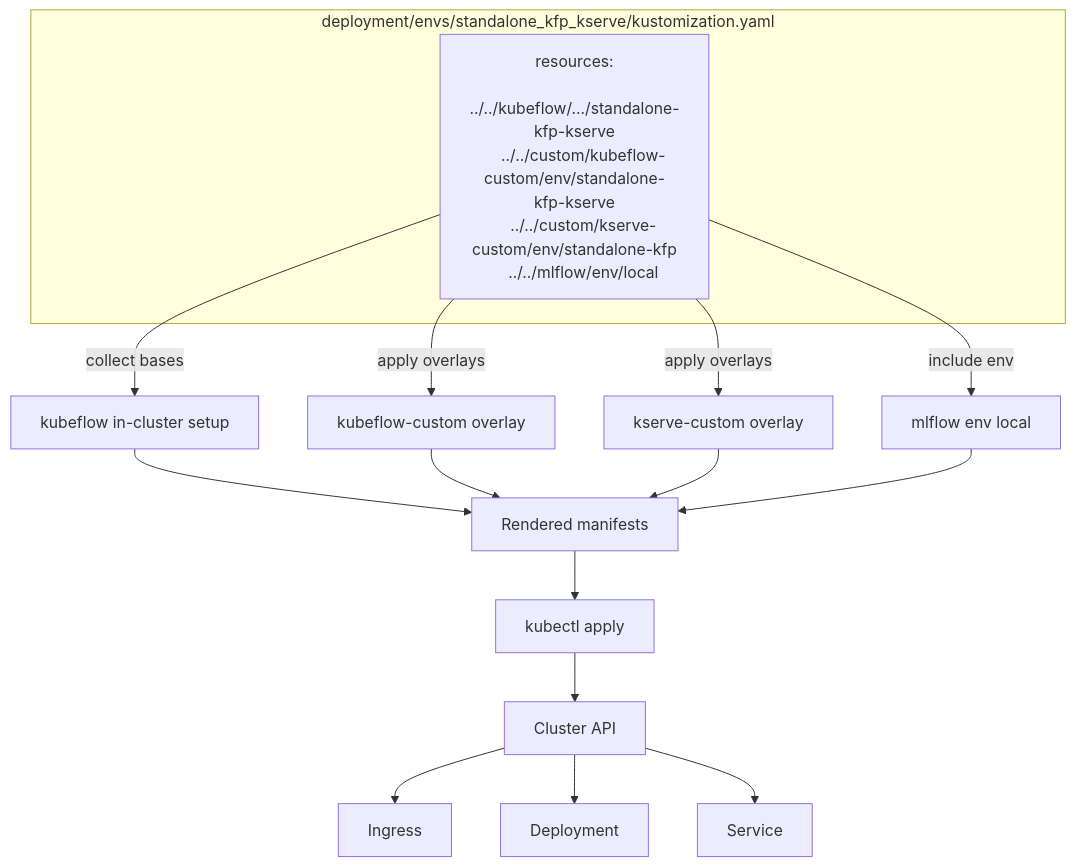
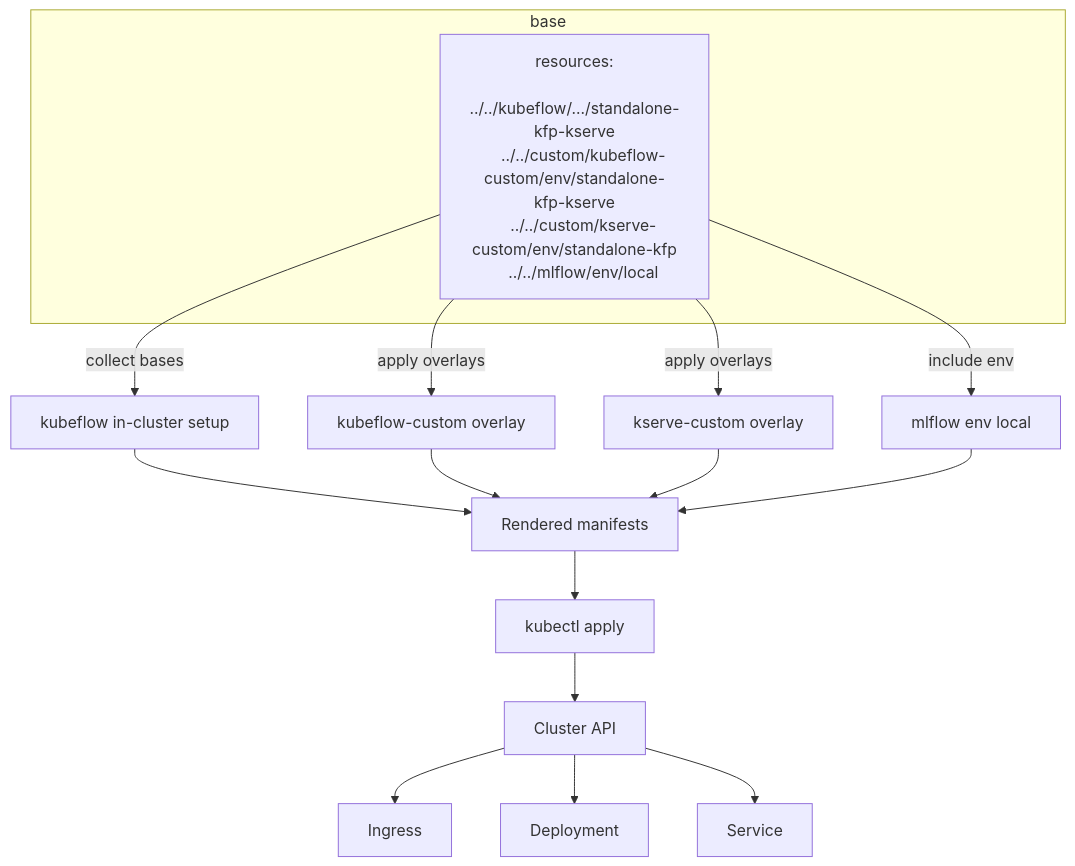
The second of 2 diagrams in Guide to endpoints and ingress.md (Softala-MLOPS/Security), drawn with Mermaid before and after one commit. The commit also changed other lines of this file, not shown here.

````diff
--- a/Guide to endpoints and ingress.md
+++ b/Guide to endpoints and ingress.md
@@ -38,27 +36,27 @@
 ```mermaid
 flowchart TB
-  subgraph ENV[deployment/envs/standalone_kfp_kserve/kustomization.yaml]
+  subgraph ENV[base]
     E1[resources:
     ../../kubeflow/.../standalone-kfp-kserve
     ../../custom/kubeflow-custom/env/standalone-kfp-kserve
     ../../custom/kserve-custom/env/standalone-kfp
     ../../mlflow/env/local]
   end
 
   E1 -->|collect bases| B1[kubeflow in-cluster setup]
   E1 -->|apply overlays| O1[kubeflow-custom overlay]
   E1 -->|apply overlays| O2[kserve-custom overlay]
   E1 -->|include env| M1[mlflow env local]
 
   B1 --> R[Rendered manifests]
   O1 --> R
   O2 --> R
   M1 --> R
 
   R --> AP[kubectl apply]
   AP --> CL[Cluster API]
   %% Note: The detailed kinds (Ingress, Deployment, Service) are shown below to avoid Mermaid parse issues.
   CL --> K1[Ingress]
   CL --> K2[Deployment]
   CL --> K3[Service]
 ```
````
